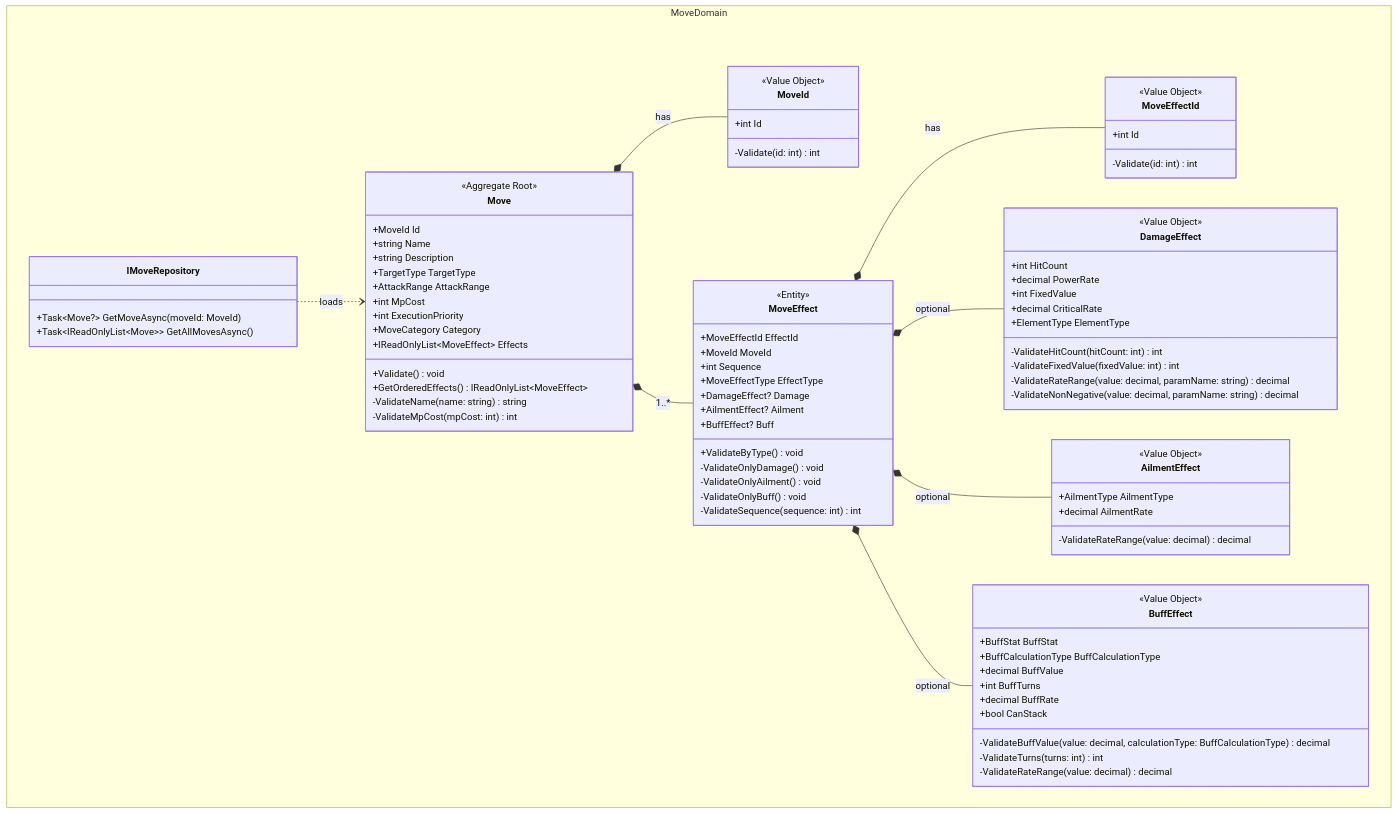
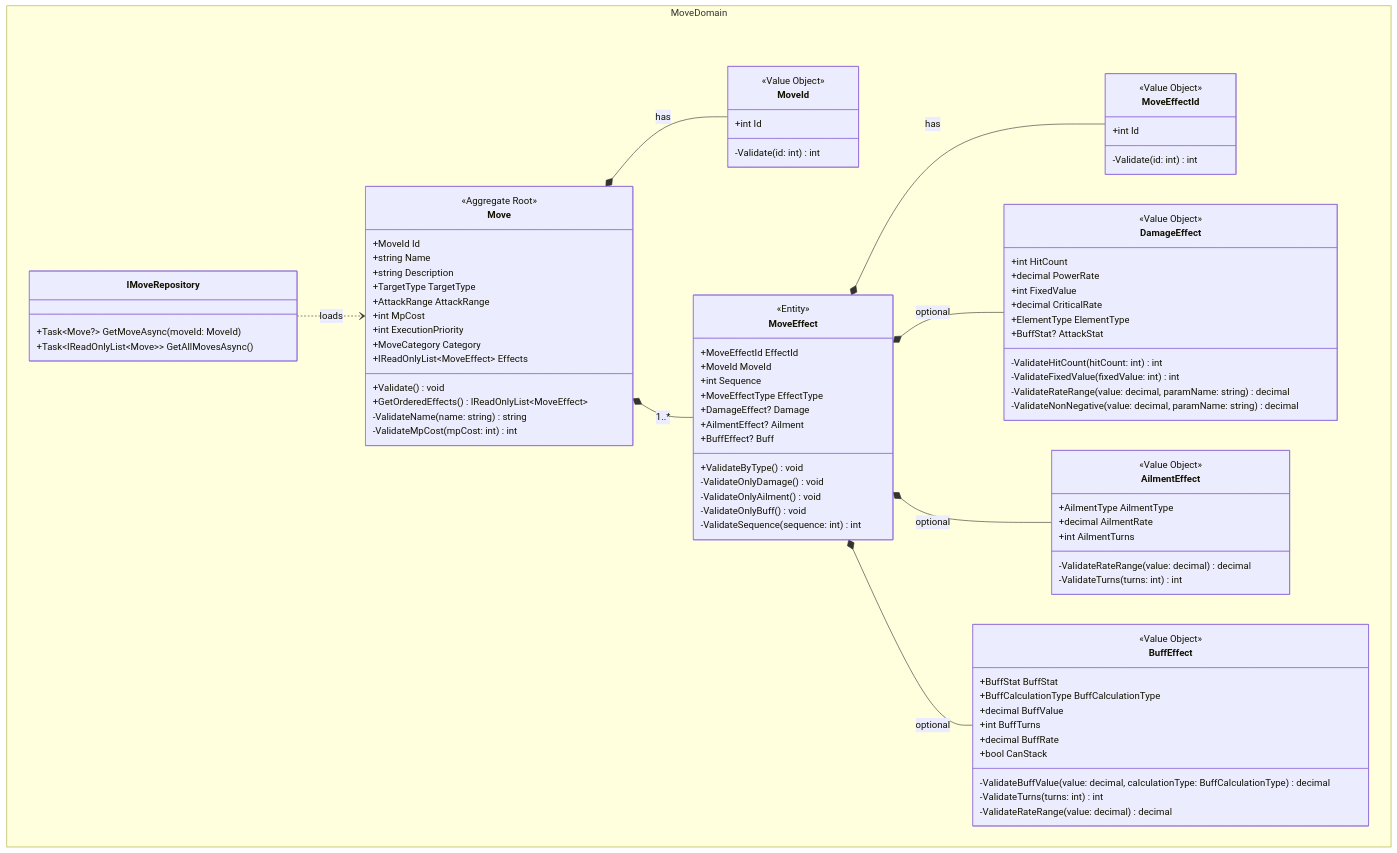
The diagram in docs/MMD02_MoveDomain.mmd (ayumu203/nisekue), drawn with Mermaid before and after one commit. The commit also changed 4 other files, not shown here.

```diff
--- a/docs/MMD02_MoveDomain.mmd
+++ b/docs/MMD02_MoveDomain.mmd
@@ -1,95 +1,98 @@
 classDiagram
     %% Enum 定義は docs/MMD21_Enum.mmd を参照
     namespace MoveDomain {
         %% 技データ
         class Move {
             <<Aggregate Root>>
             +MoveId Id
             +string Name
             +string Description
             +TargetType TargetType
             +AttackRange AttackRange
             +int MpCost
             +int ExecutionPriority
             +MoveCategory Category
             +IReadOnlyList~MoveEffect~ Effects
             +Validate() void
             +GetOrderedEffects() IReadOnlyList~MoveEffect~
             -ValidateName(name: string) string
             -ValidateMpCost(mpCost: int) int
         }
 
         class MoveId {
             <<Value Object>>
             +int Id
             -Validate(id: int) int
         }
 
         class MoveEffect {
             <<Entity>>
             +MoveEffectId EffectId
             +MoveId MoveId
             +int Sequence
             +MoveEffectType EffectType
             +DamageEffect? Damage
             +AilmentEffect? Ailment
             +BuffEffect? Buff
             +ValidateByType() void
             -ValidateOnlyDamage() void
             -ValidateOnlyAilment() void
             -ValidateOnlyBuff() void
             -ValidateSequence(sequence: int) int
         }
 
         class MoveEffectId {
             <<Value Object>>
             +int Id
             -Validate(id: int) int
         }
 
         class DamageEffect {
             <<Value Object>>
             +int HitCount
             +decimal PowerRate
             +int FixedValue
             +decimal CriticalRate
             +ElementType ElementType
+            +BuffStat? AttackStat
             -ValidateHitCount(hitCount: int) int
             -ValidateFixedValue(fixedValue: int) int
             -ValidateRateRange(value: decimal, paramName: string) decimal
             -ValidateNonNegative(value: decimal, paramName: string) decimal
         }
 
         class AilmentEffect {
             <<Value Object>>
             +AilmentType AilmentType
             +decimal AilmentRate
+            +int AilmentTurns
             -ValidateRateRange(value: decimal) decimal
+            -ValidateTurns(turns: int) int
         }
 
         class BuffEffect {
             <<Value Object>>
             +BuffStat BuffStat
             +BuffCalculationType BuffCalculationType
             +decimal BuffValue
             +int BuffTurns
             +decimal BuffRate
             +bool CanStack
             -ValidateBuffValue(value: decimal, calculationType: BuffCalculationType) decimal
             -ValidateTurns(turns: int) int
             -ValidateRateRange(value: decimal) decimal
         }
 
         class IMoveRepository {
             +Task~Move?~ GetMoveAsync(moveId: MoveId)
             +Task~IReadOnlyList~Move~~ GetAllMovesAsync()
         }
     }
 
     Move *-- MoveId : has
     Move *-- MoveEffect : 1..*
     MoveEffect *-- MoveEffectId : has
     MoveEffect *-- DamageEffect : optional
     MoveEffect *-- AilmentEffect : optional
     MoveEffect *-- BuffEffect : optional
     IMoveRepository ..> Move : loads
```
